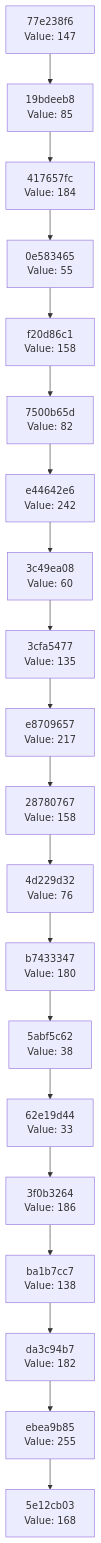
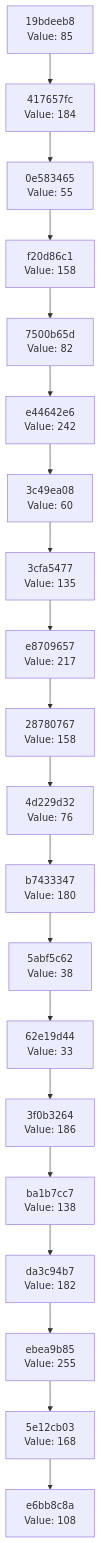
One commit to Abhisheksinha1506/hash-chain-evolver changed the diagram in docs/CHAIN_VISUALIZATION.md. Above: the diagram before and after it, drawn with Mermaid. The commit also changed 3 other files, not shown here.

````diff
--- a/docs/CHAIN_VISUALIZATION.md
+++ b/docs/CHAIN_VISUALIZATION.md
@@ -3,42 +3,42 @@
 ```mermaid
 graph TD
-    C0["5e12cb03<br/>Value: 168"]
-    C1["ebea9b85<br/>Value: 255"]
+    C0["e6bb8c8a<br/>Value: 108"]
+    C1["5e12cb03<br/>Value: 168"]
     C1 --> C0
-    C2["da3c94b7<br/>Value: 182"]
+    C2["ebea9b85<br/>Value: 255"]
     C2 --> C1
-    C3["ba1b7cc7<br/>Value: 138"]
+    C3["da3c94b7<br/>Value: 182"]
     C3 --> C2
-    C4["3f0b3264<br/>Value: 186"]
+    C4["ba1b7cc7<br/>Value: 138"]
     C4 --> C3
-    C5["62e19d44<br/>Value: 33"]
+    C5["3f0b3264<br/>Value: 186"]
     C5 --> C4
-    C6["5abf5c62<br/>Value: 38"]
+    C6["62e19d44<br/>Value: 33"]
     C6 --> C5
-    C7["b7433347<br/>Value: 180"]
+    C7["5abf5c62<br/>Value: 38"]
     C7 --> C6
-    C8["4d229d32<br/>Value: 76"]
+    C8["b7433347<br/>Value: 180"]
     C8 --> C7
-    C9["28780767<br/>Value: 158"]
+    C9["4d229d32<br/>Value: 76"]
     C9 --> C8
-    C10["e8709657<br/>Value: 217"]
+    C10["28780767<br/>Value: 158"]
     C10 --> C9
-    C11["3cfa5477<br/>Value: 135"]
+    C11["e8709657<br/>Value: 217"]
     C11 --> C10
-    C12["3c49ea08<br/>Value: 60"]
+    C12["3cfa5477<br/>Value: 135"]
     C12 --> C11
-    C13["e44642e6<br/>Value: 242"]
+    C13["3c49ea08<br/>Value: 60"]
     C13 --> C12
-    C14["7500b65d<br/>Value: 82"]
+    C14["e44642e6<br/>Value: 242"]
     C14 --> C13
-    C15["f20d86c1<br/>Value: 158"]
+    C15["7500b65d<br/>Value: 82"]
     C15 --> C14
-    C16["0e583465<br/>Value: 55"]
+    C16["f20d86c1<br/>Value: 158"]
     C16 --> C15
-    C17["417657fc<br/>Value: 184"]
+    C17["0e583465<br/>Value: 55"]
     C17 --> C16
-    C18["19bdeeb8<br/>Value: 85"]
+    C18["417657fc<br/>Value: 184"]
     C18 --> C17
-    C19["77e238f6<br/>Value: 147"]
+    C19["19bdeeb8<br/>Value: 85"]
     C19 --> C18
 ```
````
